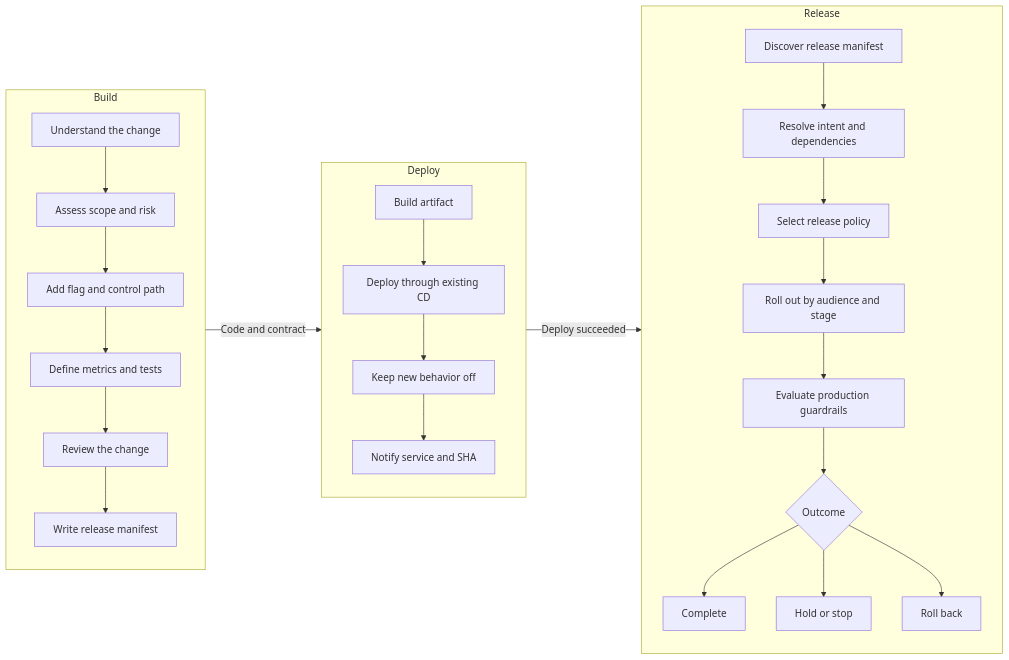
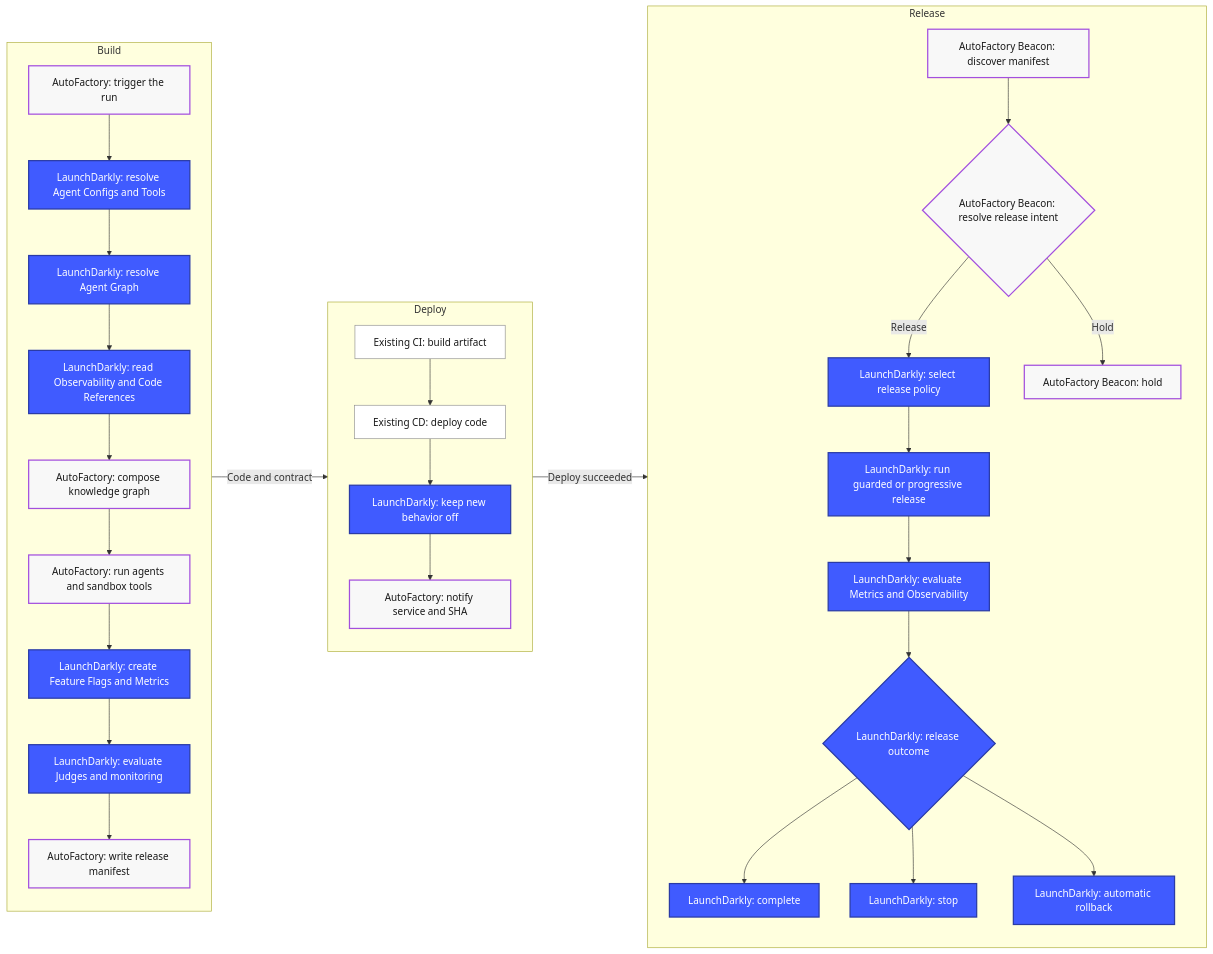
The diagram in README.md (launchdarkly-labs/launchdarkly-auto-factory), drawn with Mermaid before and after one commit. The commit also changed other lines of this file, not shown here.

Commit message:
Map primitives and AutoFactory components

````diff
--- a/README.md
+++ b/README.md
@@ -21,42 +21,57 @@
 ```mermaid
 flowchart LR
     subgraph BUILD["Build"]
         direction TB
-        B1["Understand the change"]
-        B2["Assess scope and risk"]
-        B3["Add flag and control path"]
-        B4["Define metrics and tests"]
-        B5["Review the change"]
-        B6["Write release manifest"]
-        B1 --> B2 --> B3 --> B4 --> B5 --> B6
+        B1["AutoFactory: trigger the run"]
+        B2["LaunchDarkly: resolve Agent Configs and Tools"]
+        B3["LaunchDarkly: resolve Agent Graph"]
+        B4["LaunchDarkly: read Observability and Code References"]
+        B5["AutoFactory: compose knowledge graph"]
+        B6["AutoFactory: run agents and sandbox tools"]
+        B7["LaunchDarkly: create Feature Flags and Metrics"]
+        B8["LaunchDarkly: evaluate Judges and monitoring"]
+        B9["AutoFactory: write release manifest"]
+        B1 --> B2 --> B3 --> B4 --> B5 --> B6 --> B7 --> B8 --> B9
     end
 
     subgraph DEPLOY["Deploy"]
         direction TB
-        D1["Build artifact"]
-        D2["Deploy through existing CD"]
-        D3["Keep new behavior off"]
-        D4["Notify service and SHA"]
+        D1["Existing CI: build artifact"]
+        D2["Existing CD: deploy code"]
+        D3["LaunchDarkly: keep new behavior off"]
+        D4["AutoFactory: notify service and SHA"]
         D1 --> D2 --> D3 --> D4
     end
 
     subgraph RELEASE["Release"]
         direction TB
-        R1["Discover release manifest"]
-        R2["Resolve intent and dependencies"]
-        R3["Select release policy"]
-        R4["Roll out by audience and stage"]
-        R5["Evaluate production guardrails"]
-        R6{"Outcome"}
-        R7["Complete"]
-        R8["Hold or stop"]
-        R9["Roll back"]
-        R1 --> R2 --> R3 --> R4 --> R5 --> R6
+        R1["AutoFactory Beacon: discover manifest"]
+        R2{"AutoFactory Beacon: resolve release intent"}
+        R3["LaunchDarkly: select release policy"]
+        R4["LaunchDarkly: run guarded or progressive release"]
+        R5["LaunchDarkly: evaluate Metrics and Observability"]
+        R6{"LaunchDarkly: release outcome"}
+        R7["LaunchDarkly: complete"]
+        R8["AutoFactory Beacon: hold"]
+        R9["LaunchDarkly: stop"]
+        R10["LaunchDarkly: automatic rollback"]
+        R1 --> R2
+        R2 -->|"Release"| R3
+        R2 -->|"Hold"| R8
+        R3 --> R4 --> R5 --> R6
         R6 --> R7
-        R6 --> R8
         R6 --> R9
+        R6 --> R10
     end
 
-    B6 -->|"Code and contract"| D1
+    B9 -->|"Code and contract"| D1
     D4 -->|"Deploy succeeded"| R1
+
+    classDef ld fill:#405BFF,color:#FFFFFF,stroke:#2A3BA6,stroke-width:2px
+    classDef autofactory fill:#F8F8F8,color:#191919,stroke:#A34FDE,stroke-width:2px
+    classDef existing fill:#FFFFFF,color:#191919,stroke:#8C8C8C,stroke-width:1px
+
+    class B2,B3,B4,B7,B8,D3,R3,R4,R5,R6,R7,R9,R10 ld
+    class B1,B5,B6,B9,D4,R1,R2,R8 autofactory
+    class D1,D2 existing
 ```
````
